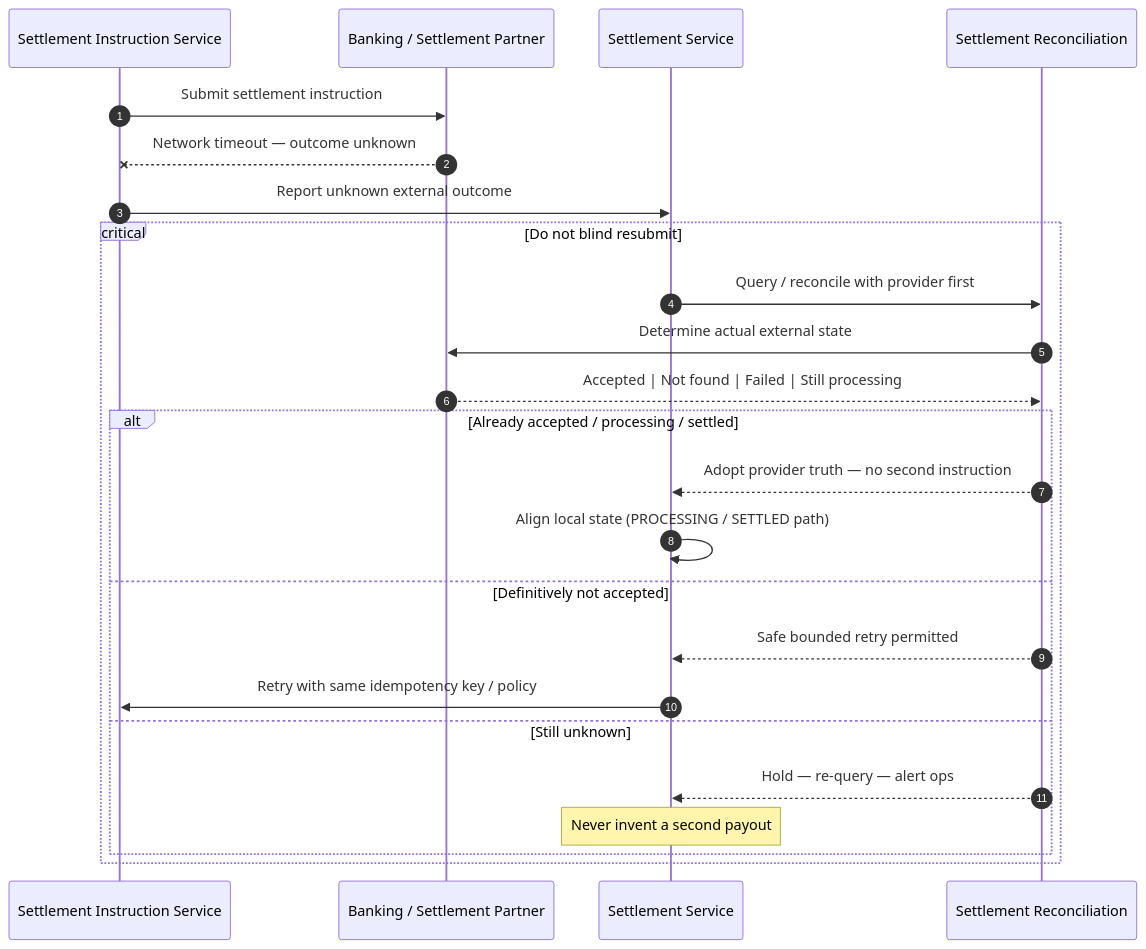
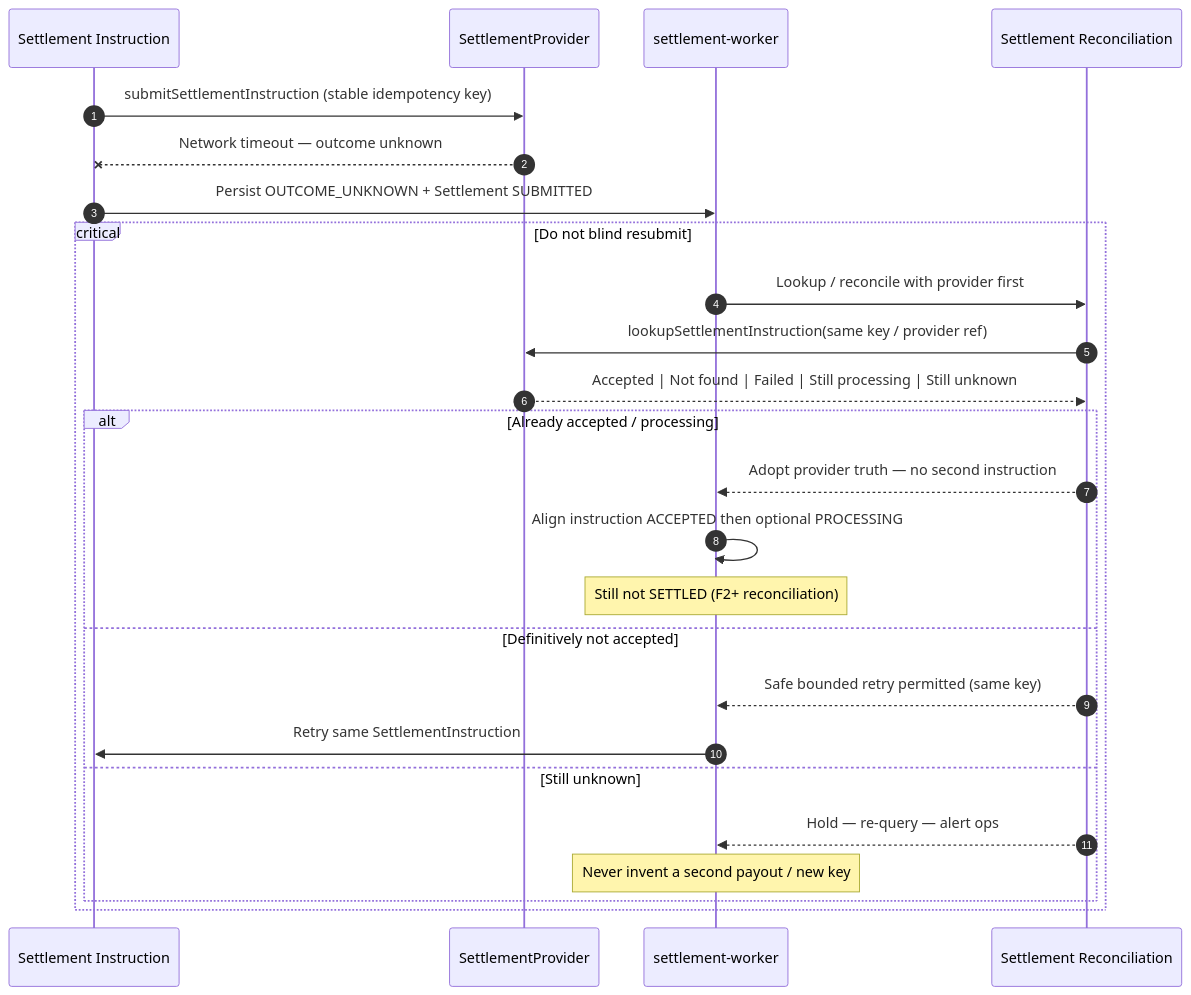
One commit to MR0808/sparelane-architecture changed the diagram in docs/design/money/unknown-settlement-outcome.md. Above: the diagram before and after it, drawn with Mermaid. The commit also changed other lines of this file and 36 other files, not shown here.

Commit message:
Accept ADR-028 settlement execution and instruction policy

````diff
--- a/docs/design/money/unknown-settlement-outcome.md
+++ b/docs/design/money/unknown-settlement-outcome.md
@@ -35,29 +38,30 @@
 ```mermaid
 sequenceDiagram
     autonumber
-    participant Inst as Settlement Instruction Service
-    participant Bank as Banking / Settlement Partner
-    participant SS as Settlement Service
+    participant Inst as Settlement Instruction
+    participant Bank as SettlementProvider
+    participant SW as settlement-worker
     participant Rec as Settlement Reconciliation
 
-    Inst->>Bank: Submit settlement instruction
+    Inst->>Bank: submitSettlementInstruction (stable idempotency key)
     Bank--xInst: Network timeout — outcome unknown
-    Inst->>SS: Report unknown external outcome
+    Inst->>SW: Persist OUTCOME_UNKNOWN + Settlement SUBMITTED
 
     critical Do not blind resubmit
-        SS->>Rec: Query / reconcile with provider first
-        Rec->>Bank: Determine actual external state
-        Bank-->>Rec: Accepted | Not found | Failed | Still processing
+        SW->>Rec: Lookup / reconcile with provider first
+        Rec->>Bank: lookupSettlementInstruction(same key / provider ref)
+        Bank-->>Rec: Accepted | Not found | Failed | Still processing | Still unknown
 
-        alt Already accepted / processing / settled
-            Rec-->>SS: Adopt provider truth — no second instruction
-            SS->>SS: Align local state (PROCESSING / SETTLED path)
+        alt Already accepted / processing
+            Rec-->>SW: Adopt provider truth — no second instruction
+            SW->>SW: Align instruction ACCEPTED then optional PROCESSING
+            Note over SW: Still not SETTLED (F2+ reconciliation)
         else Definitively not accepted
-            Rec-->>SS: Safe bounded retry permitted
-            SS->>Inst: Retry with same idempotency key / policy
+            Rec-->>SW: Safe bounded retry permitted (same key)
+            SW->>Inst: Retry same SettlementInstruction
         else Still unknown
-            Rec-->>SS: Hold — re-query — alert ops
-            Note over SS: Never invent a second payout
+            Rec-->>SW: Hold — re-query — alert ops
+            Note over SW: Never invent a second payout / new key
         end
     end
 ```
````
